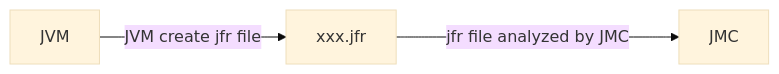
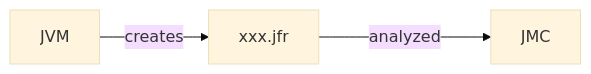
Before and after one commit to rujche/samples: the first of 2 diagrams in README.md, drawn with Mermaid (base theme). The commit also changed other lines of this file, not shown here.

Commit message:
Update diagrams in README.md

````diff
--- a/README.md
+++ b/README.md
@@ -19,5 +20,5 @@
-   ```mermaid
-   graph LR
-       JVM -->|JVM create jfr file| xxx.jfr
-       xxx.jfr --->|jfr file analyzed by JMC| JMC
-   ```
+      ```mermaid
+      graph LR
+          JVM -->|creates| xxx.jfr
+          xxx.jfr --->|analyzed| JMC
+      ```
````
